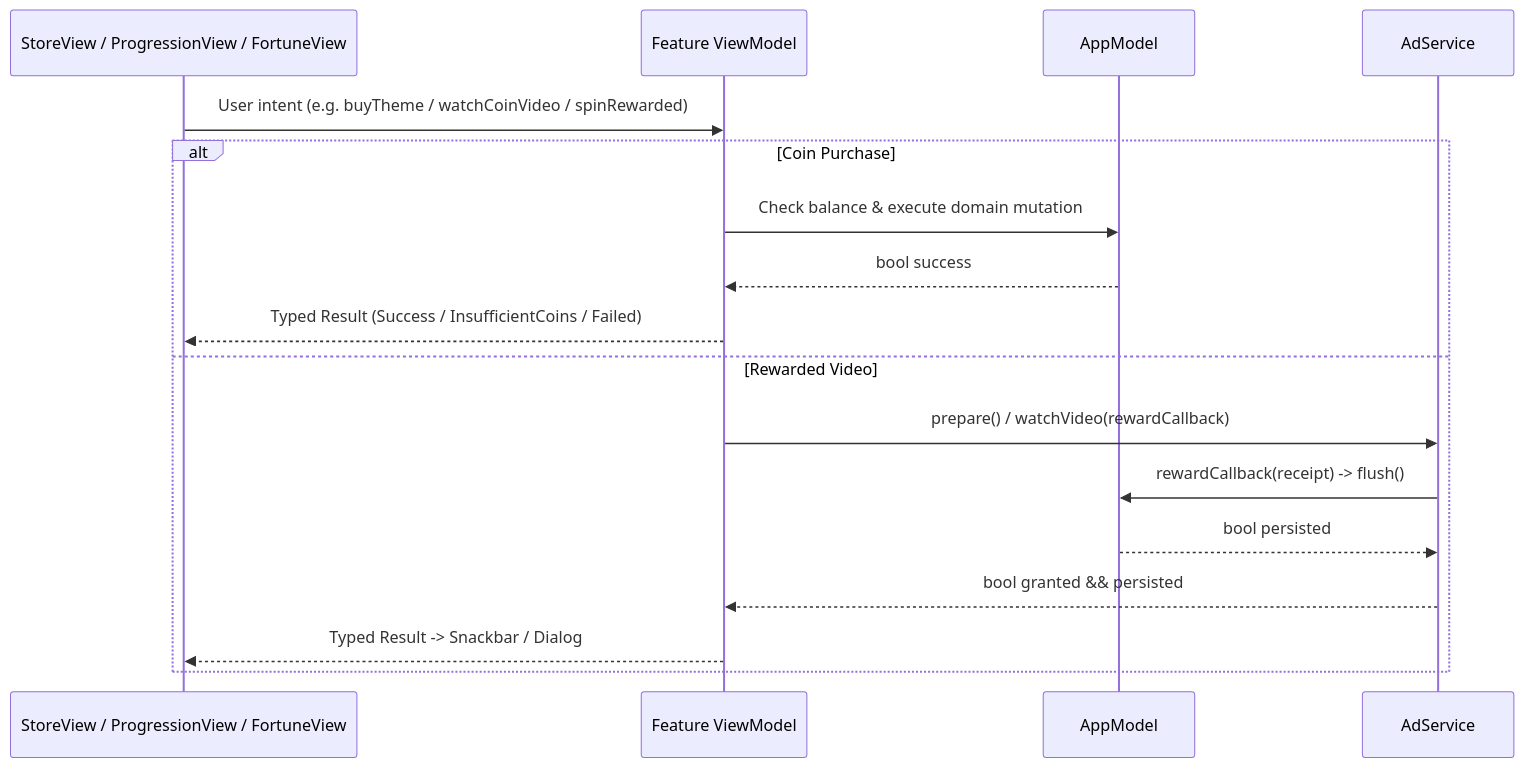
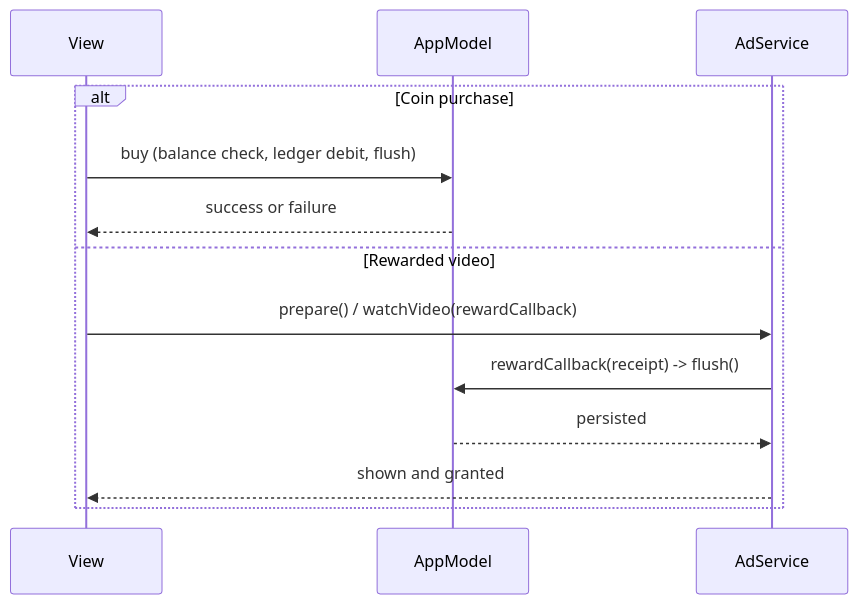
Before and after one commit to Tabletop-Games/Pathwise: the sixth of 6 diagrams in docs/architecture.md, drawn with Mermaid. The commit also changed other lines of this file and 5 other files, not shown here.

````diff
--- a/docs/architecture.md
+++ b/docs/architecture.md
@@ -144,20 +142,16 @@
 ```mermaid
 sequenceDiagram
-    participant V as StoreView / ProgressionView / FortuneView
-    participant VM as Feature ViewModel
+    participant V as View
     participant AM as AppModel
     participant AD as AdService
 
-    V->>VM: User intent (e.g. buyTheme / watchCoinVideo / spinRewarded)
-    alt Coin Purchase
-        VM->>AM: Check balance & execute domain mutation
-        AM-->>VM: bool success
-        VM-->>V: Typed Result (Success / InsufficientCoins / Failed)
-    else Rewarded Video
-        VM->>AD: prepare() / watchVideo(rewardCallback)
+    alt Coin purchase
+        V->>AM: buy (balance check, ledger debit, flush)
+        AM-->>V: success or failure
+    else Rewarded video
+        V->>AD: prepare() / watchVideo(rewardCallback)
         AD->>AM: rewardCallback(receipt) -> flush()
-        AM-->>AD: bool persisted
-        AD-->>VM: bool granted && persisted
-        VM-->>V: Typed Result -> Snackbar / Dialog
+        AM-->>AD: persisted
+        AD-->>V: shown and granted
     end
 ```
````
